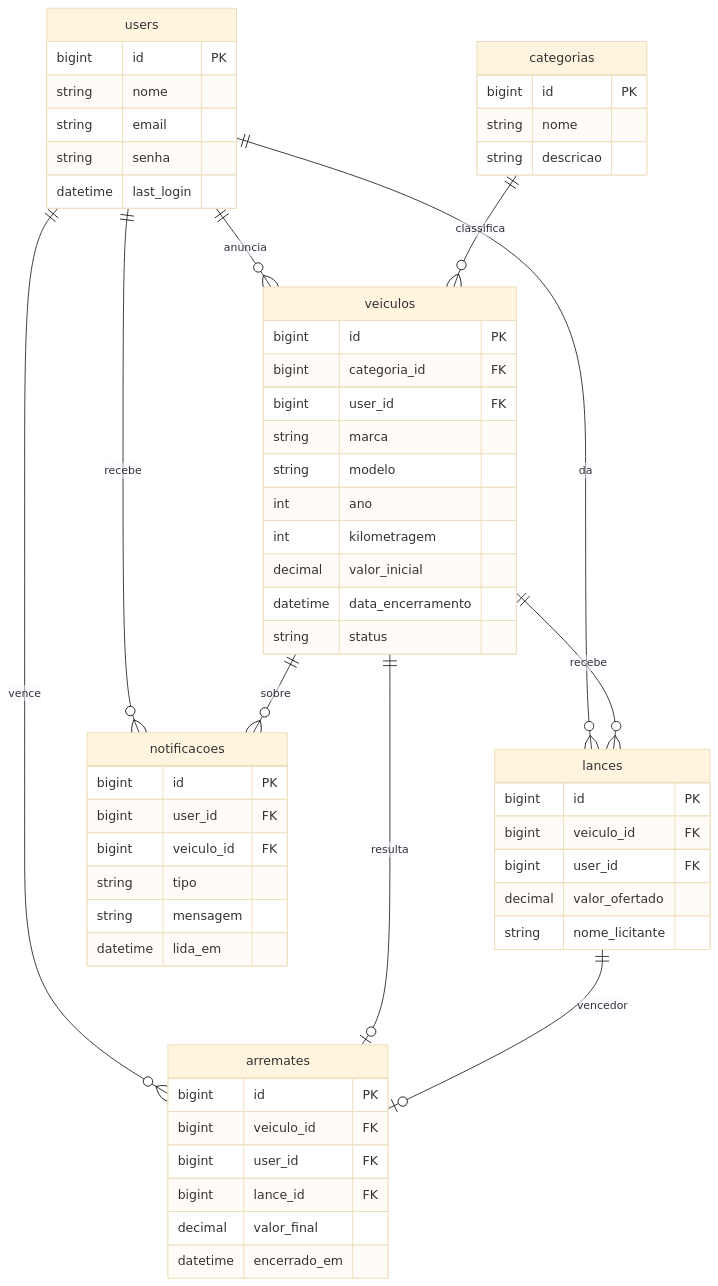
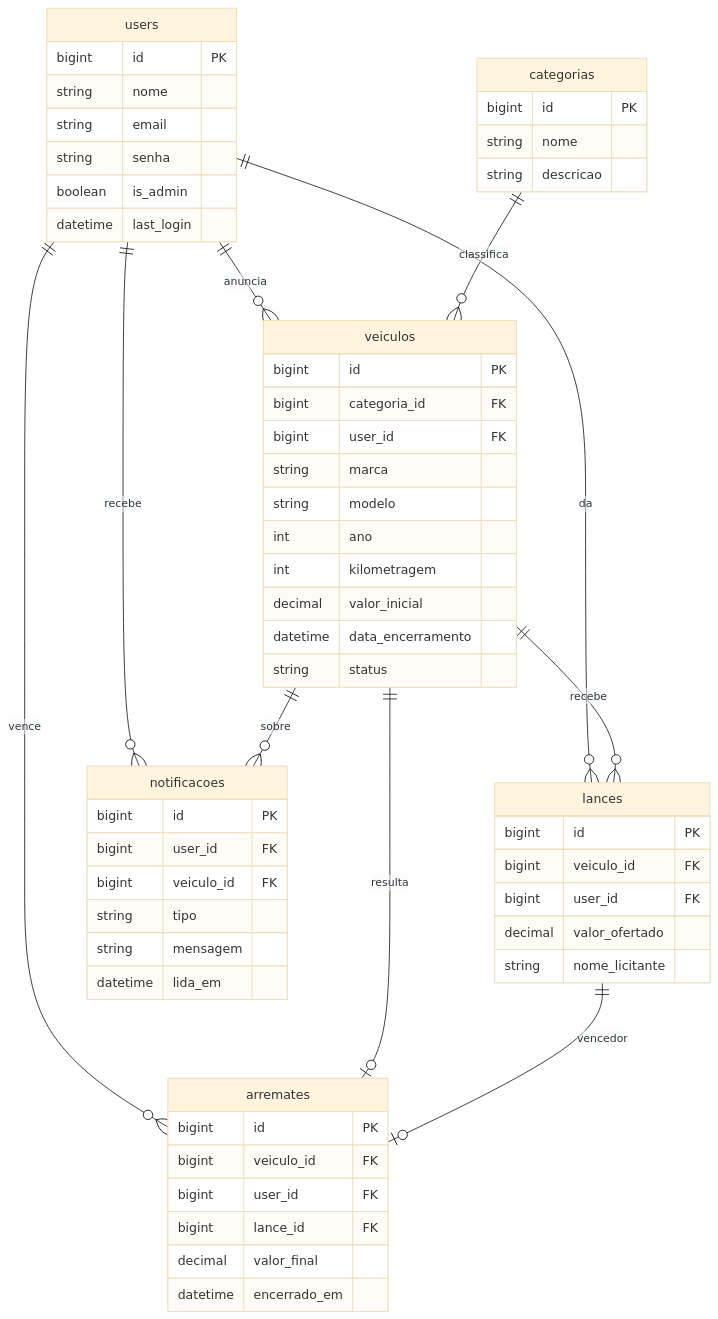
One commit to AndriwArtista/AuctionMotors changed the diagram in README.md. Above: the diagram before and after it, drawn with Mermaid (base theme). The commit also changed other lines of this file and 8 other files, not shown here.

````diff
--- a/README.md
+++ b/README.md
@@ -119,60 +121,61 @@
 ```mermaid
 erDiagram
     users ||--o{ veiculos : anuncia
     users ||--o{ lances : da
     users ||--o{ arremates : vence
     users ||--o{ notificacoes : recebe
     categorias ||--o{ veiculos : classifica
     veiculos ||--o{ lances : recebe
     veiculos ||--o| arremates : resulta
     veiculos ||--o{ notificacoes : sobre
     lances ||--o| arremates : vencedor
 
     users {
         bigint id PK
         string nome
         string email
         string senha
+        boolean is_admin
         datetime last_login
     }
     categorias {
         bigint id PK
         string nome
         string descricao
     }
     veiculos {
         bigint id PK
         bigint categoria_id FK
         bigint user_id FK
         string marca
         string modelo
         int ano
         int kilometragem
         decimal valor_inicial
         datetime data_encerramento
         string status
     }
     lances {
         bigint id PK
         bigint veiculo_id FK
         bigint user_id FK
         decimal valor_ofertado
         string nome_licitante
     }
     arremates {
         bigint id PK
         bigint veiculo_id FK
         bigint user_id FK
         bigint lance_id FK
         decimal valor_final
         datetime encerrado_em
     }
     notificacoes {
         bigint id PK
         bigint user_id FK
         bigint veiculo_id FK
         string tipo
         string mensagem
         datetime lida_em
     }
 ```
````
